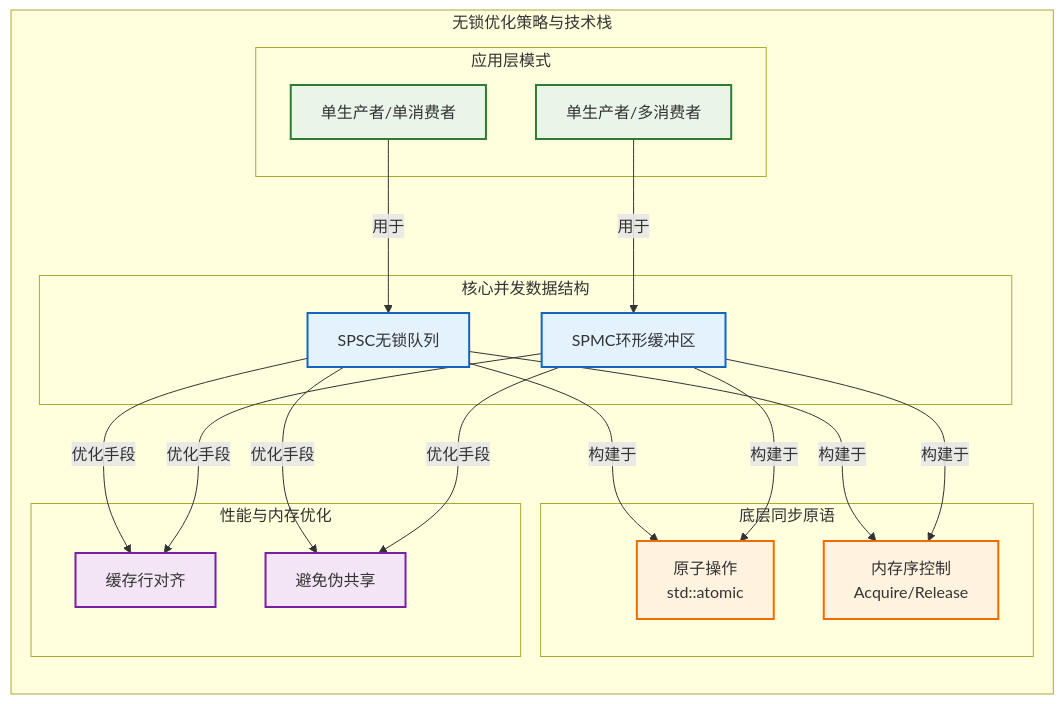
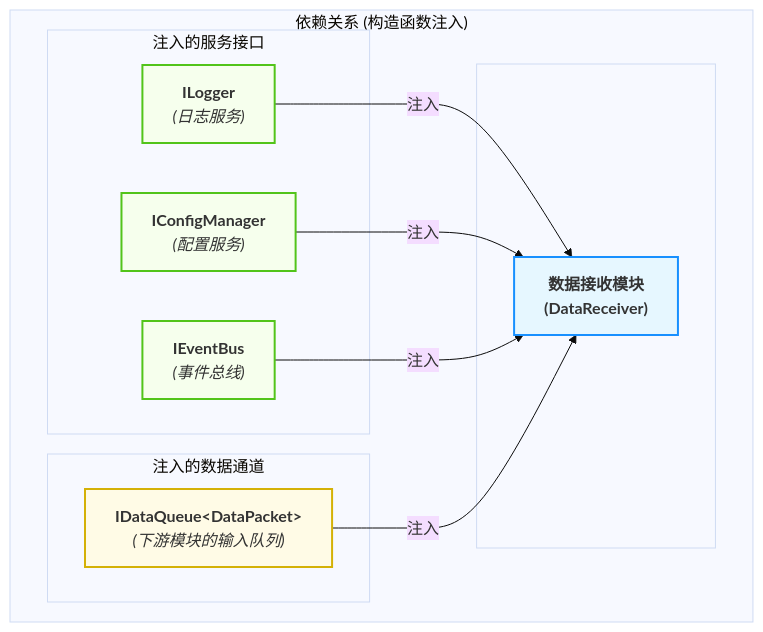
Before and after one commit to wendizhou99-cell/Radar: the seventh of 7 diagrams in docs/01_项目设计/02_模块设计/01_数据接收模块设计.md, drawn with Mermaid. The commit also changed other lines of this file and 26 other files, not shown here.

First line of the commit message:
docs: 完成数据架构文档系列重构和Mermaid可视化指南增强

````diff
--- a/docs/01_项目设计/02_模块设计/01_数据接收模块设计.md
+++ b/docs/01_项目设计/02_模块设计/01_数据接收模块设计.md
@@ -627,41 +553,41 @@
 ```mermaid
-graph TB
-    subgraph "无锁优化策略与技术栈"
-        direction TB
+---
+config:
+  theme: base
+  flowchart:
+    curve: basis
+---
+graph TD
+    subgraph "依赖关系 (构造函数注入)"
+        direction LR
 
-        subgraph "核心并发数据结构"
-            A1[SPSC无锁队列]
-            A2[SPMC环形缓冲区]
+        subgraph "注入的服务接口"
+            A["<b>ILogger</b><br/><i>(日志服务)</i>"]
+            B["<b>IConfigManager</b><br/><i>(配置服务)</i>"]
+            C["<b>IEventBus</b><br/><i>(事件总线)</i>"]
         end
 
-        subgraph "应用层模式"
-            B1[单生产者/单消费者]
-            B2[单生产者/多消费者]
+        subgraph "注入的数据通道"
+            D["<b>IDataQueue&lt;DataPacket&gt;</b><br/><i>(下游模块的输入队列)</i>"]
         end
 
-        subgraph "底层同步原语"
-            C1[原子操作<br/>std::atomic]
-            C2[内存序控制<br/>Acquire/Release]
+        subgraph " "
+            M["<b>数据接收模块<br/>(DataReceiver)</b>"]
         end
-
-        subgraph "性能与内存优化"
-            D1[缓存行对齐]
-            D2[避免伪共享]
-        end
-
-        B1 -- "用于" --> A1
-        B2 -- "用于" --> A2
-        A1 & A2 -- "构建于" --> C1 & C2
-        A1 & A2 -- "优化手段" --> D1 & D2
     end
 
-    classDef coreStruct fill:#e3f2fd,stroke:#1565c0,stroke-width:2px
-    classDef appPattern fill:#e8f5e8,stroke:#2e7d32,stroke-width:2px
-    classDef syncPrimitive fill:#fff3e0,stroke:#ef6c00,stroke-width:2px
-    classDef perfOptim fill:#f3e5f5,stroke:#7b1fa2,stroke-width:2px
+    A -- "注入" --> M
+    B -- "注入" --> M
+    C -- "注入" --> M
+    D -- "注入" --> M
 
-    class A1,A2 coreStruct
-    class B1,B2 appPattern
-    class C1,C2 syncPrimitive
-    class D1,D2 perfOptim
+    %% --- 标准 classDef 模板 ---
+    classDef service fill:#f6ffed,stroke:#52c41a,stroke-width:2px
+    classDef data fill:#fffbe6,stroke:#d4b106,stroke-width:2px
+    classDef module fill:#e6f7ff,stroke:#1890ff,stroke-width:2px
+
+    %% --- 样式应用 ---
+    class A,B,C service
+    class D data
+    class M module
 ```
````
